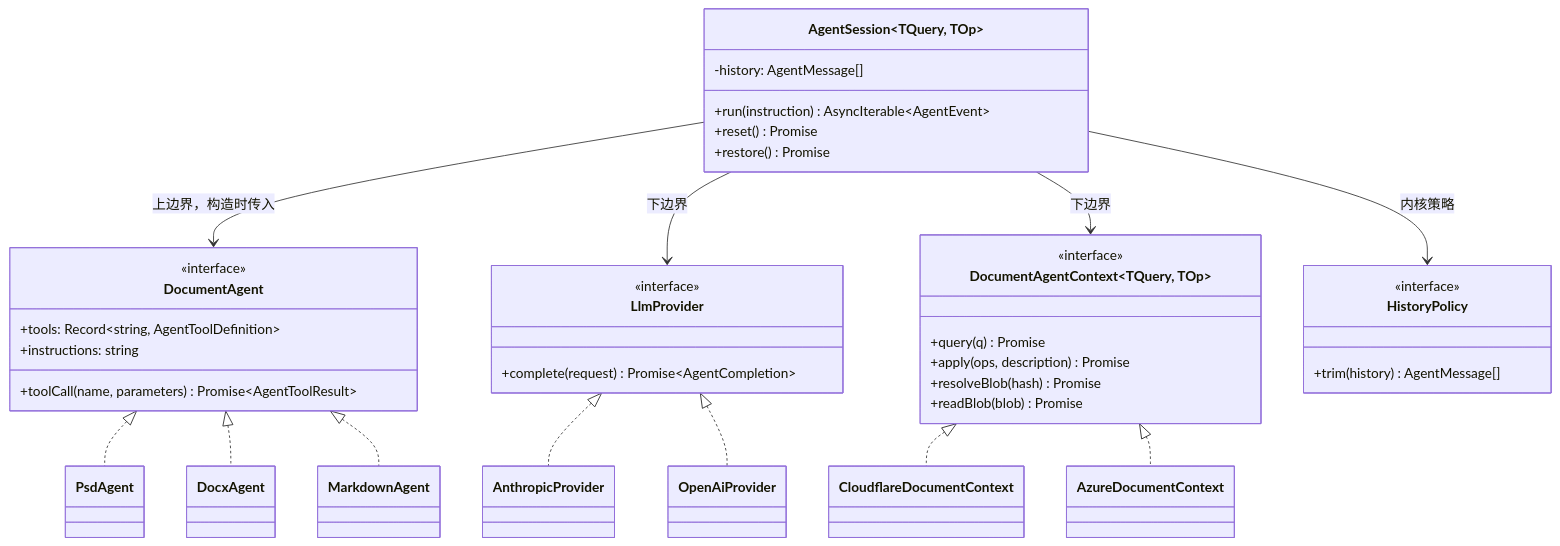
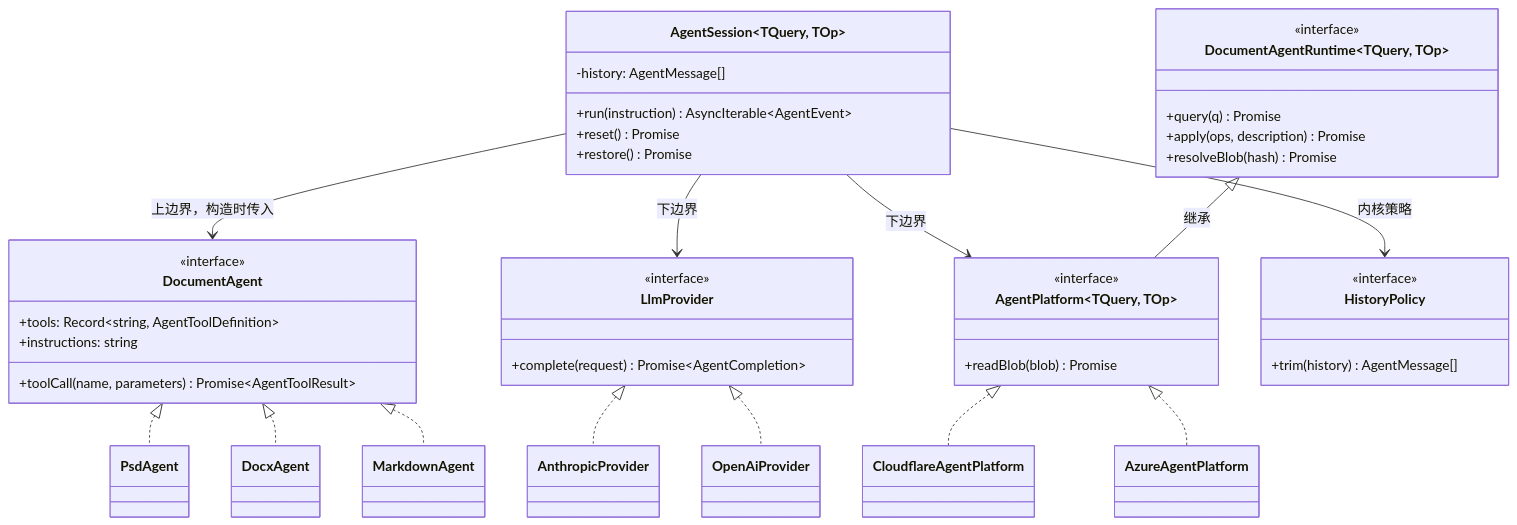
Before and after one commit to shazhou-ww/unidocs: the fifth of 15 diagrams in docs/superpowers/specs/2026-08-26-agent-sdk-design.md, drawn with Mermaid. The commit also changed other lines of this file, not shown here.

First line of the commit message:
docs(agent-sdk): DocumentAgentContext 改名 DocumentAgentRuntime,并拆出 readBlob

````diff
--- a/docs/superpowers/specs/2026-08-26-agent-sdk-design.md
+++ b/docs/superpowers/specs/2026-08-26-agent-sdk-design.md
@@ -382,55 +382,60 @@
 ```mermaid
 classDiagram
     class DocumentAgent {
         <<interface>>
         +tools: Record~string, AgentToolDefinition~
         +instructions: string
         +toolCall(name, parameters) Promise~AgentToolResult~
     }
 
     class PsdAgent
     class DocxAgent
     class MarkdownAgent
 
     class AgentSession~TQuery, TOp~ {
         -history: AgentMessage[]
         +run(instruction) AsyncIterable~AgentEvent~
         +reset() Promise
         +restore() Promise
     }
 
     class LlmProvider {
         <<interface>>
         +complete(request) Promise~AgentCompletion~
     }
 
-    class DocumentAgentContext~TQuery, TOp~ {
+    class DocumentAgentRuntime~TQuery, TOp~ {
         <<interface>>
         +query(q) Promise
         +apply(ops, description) Promise
         +resolveBlob(hash) Promise
+    }
+
+    class AgentPlatform~TQuery, TOp~ {
+        <<interface>>
         +readBlob(blob) Promise
     }
 
     class HistoryPolicy {
         <<interface>>
         +trim(history) AgentMessage[]
     }
 
     class AnthropicProvider
     class OpenAiProvider
-    class CloudflareDocumentContext
-    class AzureDocumentContext
+    class CloudflareAgentPlatform
+    class AzureAgentPlatform
 
     AgentSession --> DocumentAgent : 上边界，构造时传入
     AgentSession --> LlmProvider : 下边界
-    AgentSession --> DocumentAgentContext : 下边界
+    AgentSession --> AgentPlatform : 下边界
     AgentSession --> HistoryPolicy : 内核策略
     DocumentAgent <|.. PsdAgent
     DocumentAgent <|.. DocxAgent
     DocumentAgent <|.. MarkdownAgent
     LlmProvider <|.. AnthropicProvider
     LlmProvider <|.. OpenAiProvider
-    DocumentAgentContext <|.. CloudflareDocumentContext
-    DocumentAgentContext <|.. AzureDocumentContext
+    DocumentAgentRuntime <|-- AgentPlatform : 继承
+    AgentPlatform <|.. CloudflareAgentPlatform
+    AgentPlatform <|.. AzureAgentPlatform
 ```
````
